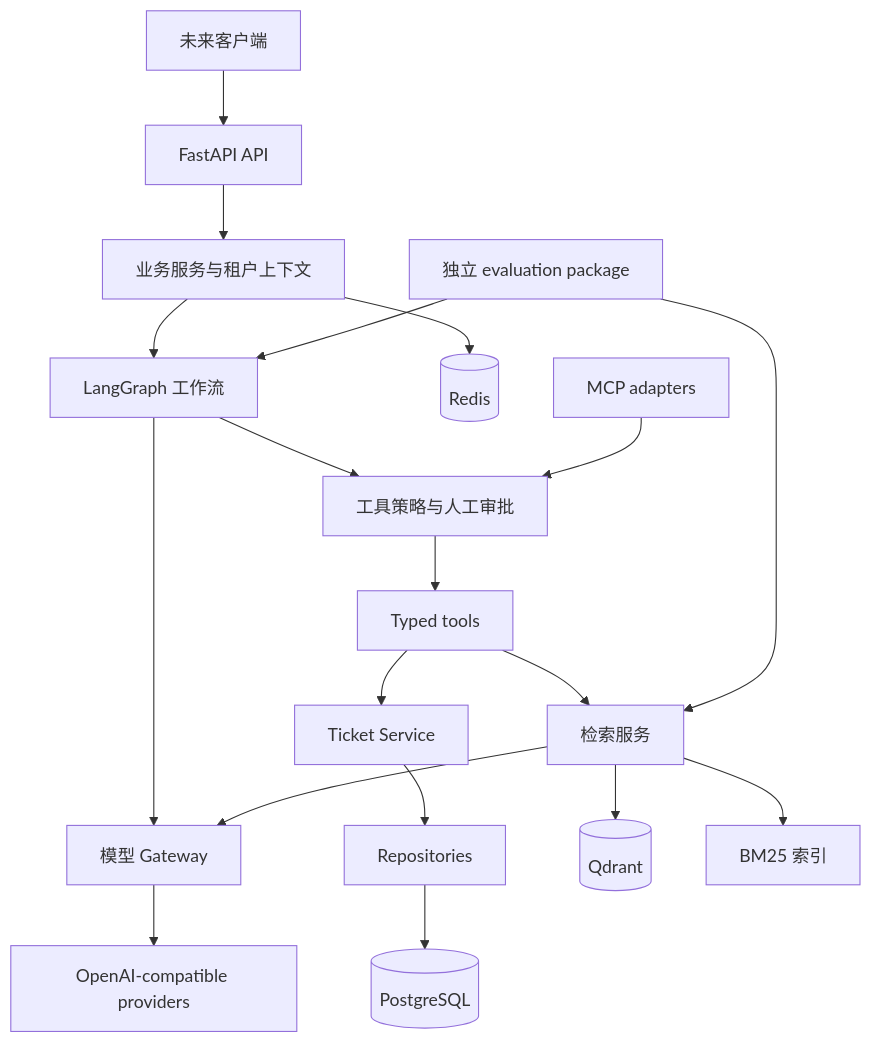
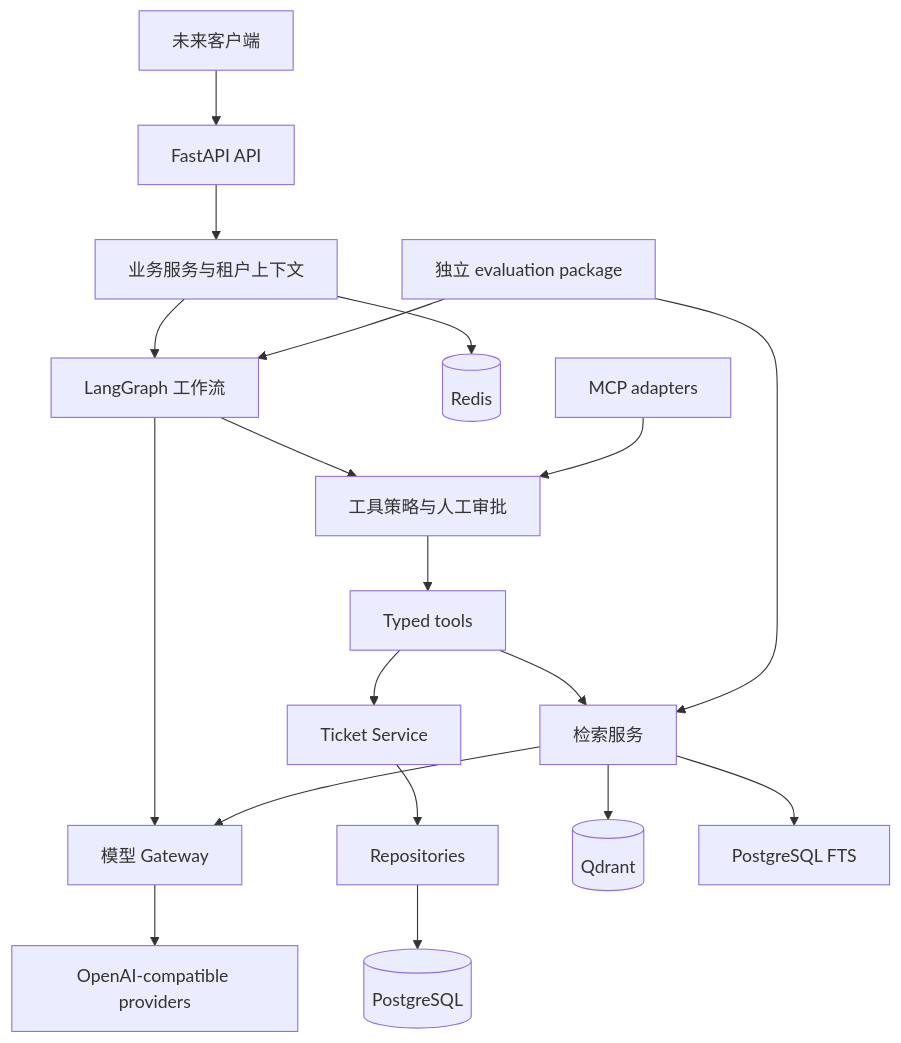
One commit to plutoczm/AgentOpsHub changed the diagram in ARCHITECTURE.md. Above: the diagram before and after it, drawn with Mermaid. The commit also changed other lines of this file and 35 other files, not shown here.

````diff
--- a/ARCHITECTURE.md
+++ b/ARCHITECTURE.md
@@ -22,21 +22,21 @@
 ```mermaid
 flowchart TD
     Client[未来客户端] --> API[FastAPI API]
     API --> Services[业务服务与租户上下文]
     Services --> Graph[LangGraph 工作流]
     Graph --> Policy[工具策略与人工审批]
     Policy --> Tools[Typed tools]
     Tools --> RAG[检索服务]
     Tools --> TicketService[Ticket Service]
     TicketService --> Repos[Repositories]
     Graph --> Gateway[模型 Gateway]
     RAG --> Gateway
     Gateway --> Providers[OpenAI-compatible providers]
     Repos --> PG[(PostgreSQL)]
     Services --> Redis[(Redis)]
     RAG --> Qdrant[(Qdrant)]
-    RAG --> Lexical[BM25 索引]
+    RAG --> Lexical[PostgreSQL FTS]
     MCP[MCP adapters] --> Policy
     Eval[独立 evaluation package] --> RAG
     Eval --> Graph
 ```
````
